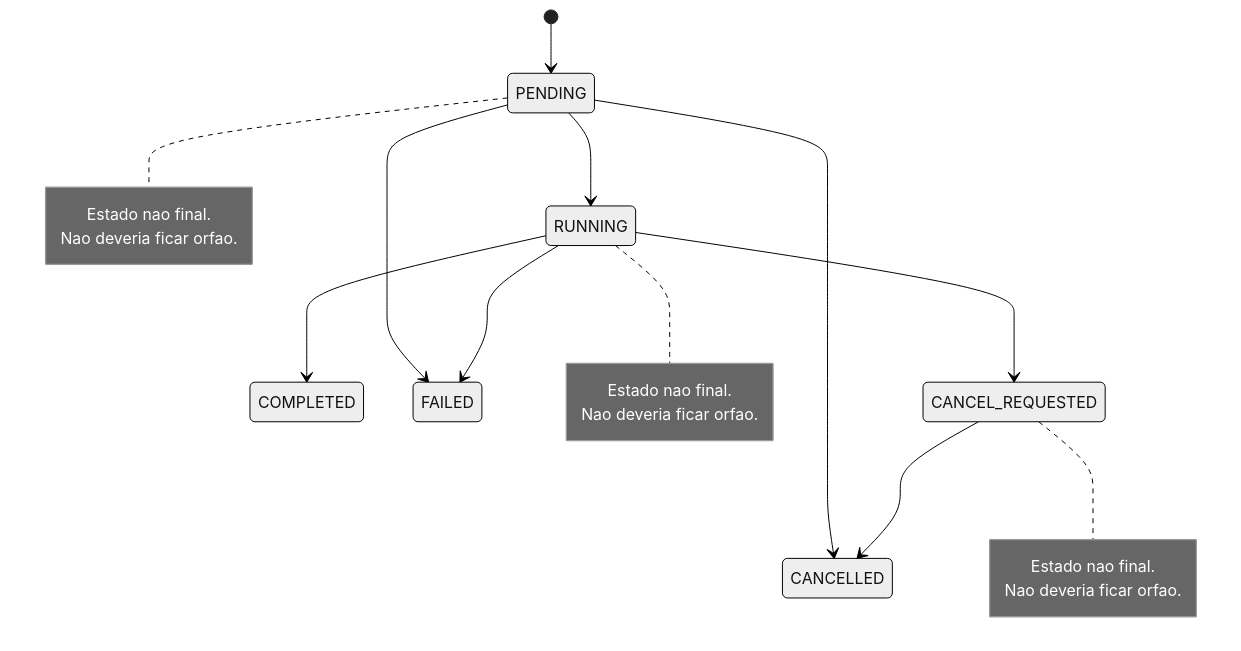
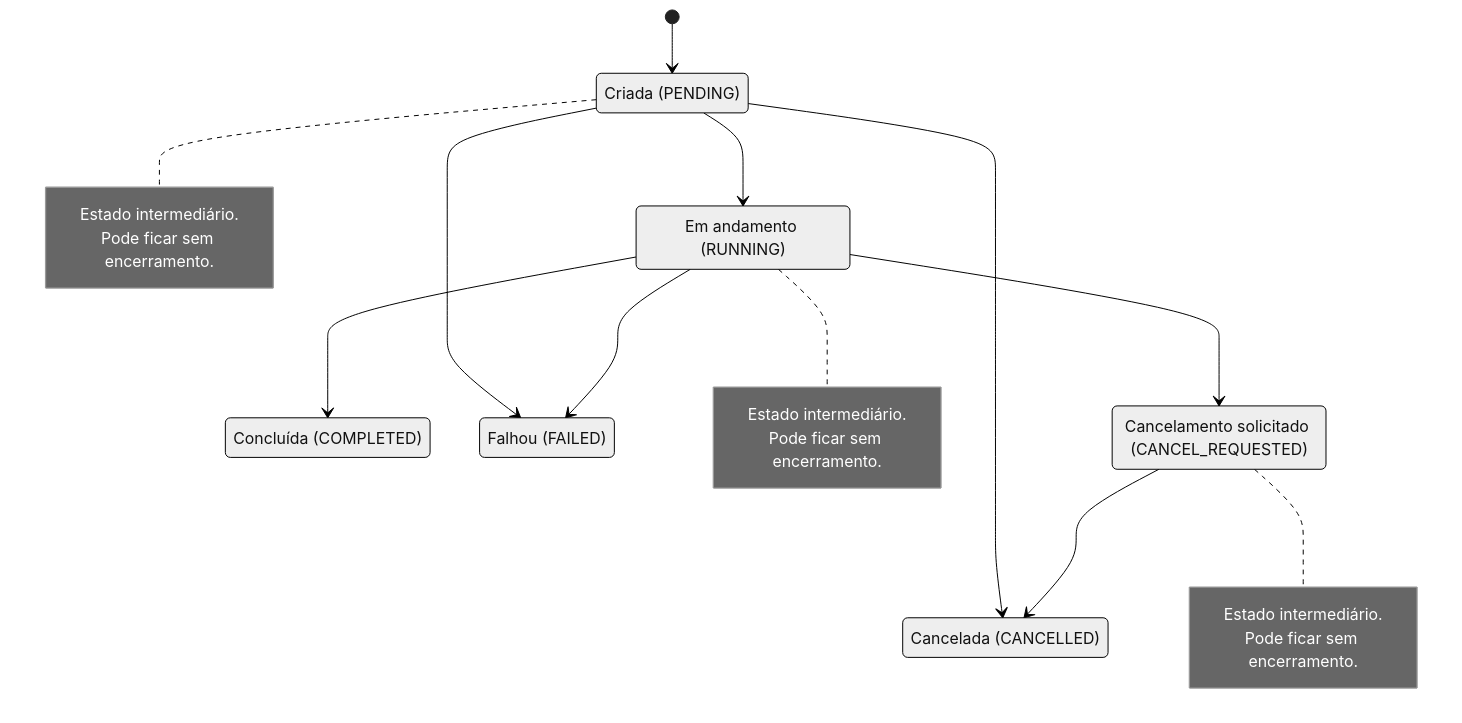
Before and after one commit to brunolimaff-jpg/NOVO-APP: the diagram in docs/arquitetura/fotografia-atual/diagramas/06-estados-investigacao.mmd, drawn with Mermaid (neutral theme).

Commit message:
docs: traduz estados da investigação e clarifica condição órfã

```diff
--- a/docs/arquitetura/fotografia-atual/diagramas/06-estados-investigacao.mmd
+++ b/docs/arquitetura/fotografia-atual/diagramas/06-estados-investigacao.mmd
@@ -1,24 +1,31 @@
 stateDiagram-v2
+    state "Criada (PENDING)" as PENDING
+    state "Em andamento (RUNNING)" as RUNNING
+    state "Concluída (COMPLETED)" as COMPLETED
+    state "Falhou (FAILED)" as FAILED
+    state "Cancelamento solicitado (CANCEL_REQUESTED)" as CANCEL_REQUESTED
+    state "Cancelada (CANCELLED)" as CANCELLED
+
     [*] --> PENDING
     PENDING --> RUNNING
     RUNNING --> COMPLETED
     RUNNING --> FAILED
     RUNNING --> CANCEL_REQUESTED
     CANCEL_REQUESTED --> CANCELLED
     PENDING --> FAILED
     PENDING --> CANCELLED
 
     note right of PENDING
-      Estado nao final.
-      Nao deveria ficar orfao.
+      Estado intermediário.
+      Pode ficar sem encerramento.
     end note
 
     note right of RUNNING
-      Estado nao final.
-      Nao deveria ficar orfao.
+      Estado intermediário.
+      Pode ficar sem encerramento.
     end note
 
     note right of CANCEL_REQUESTED
-      Estado nao final.
-      Nao deveria ficar orfao.
+      Estado intermediário.
+      Pode ficar sem encerramento.
     end note
```
